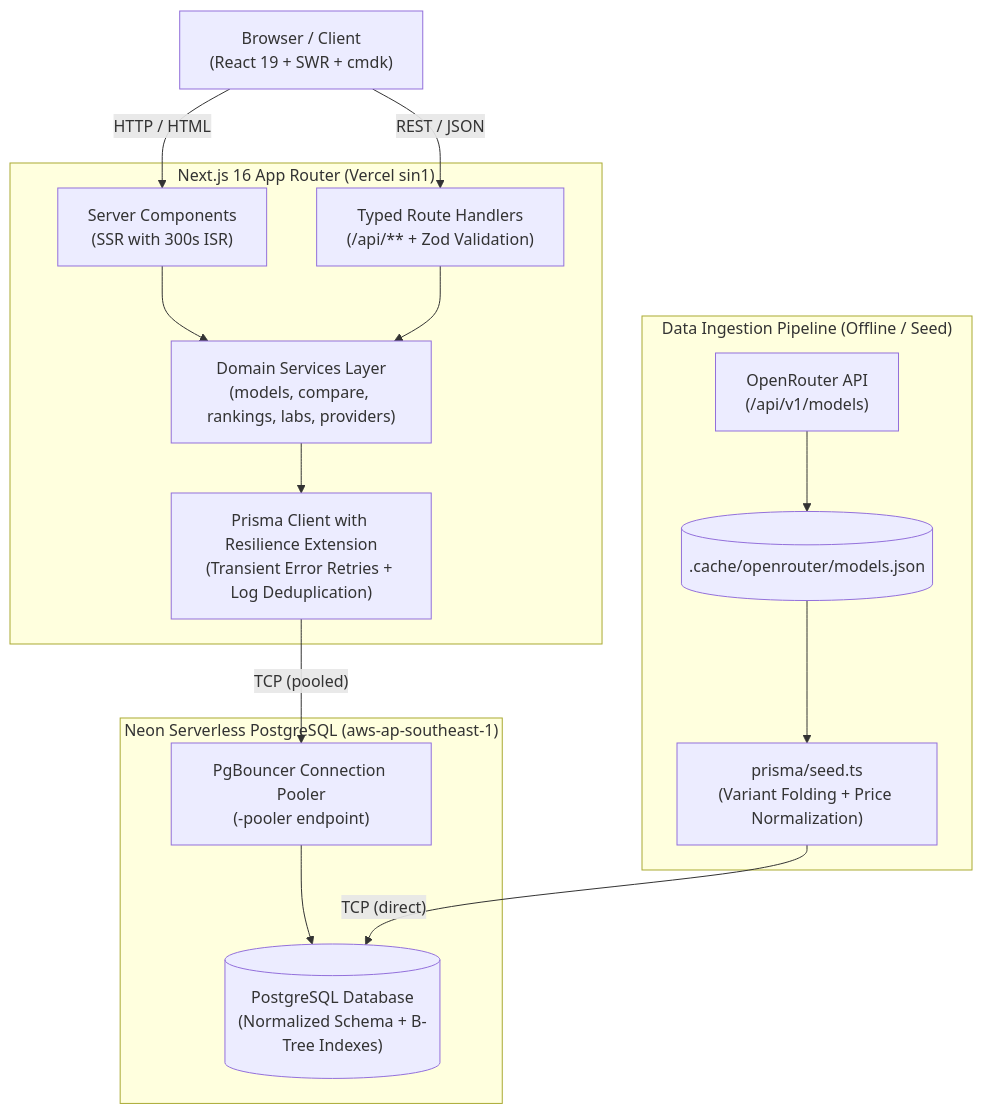
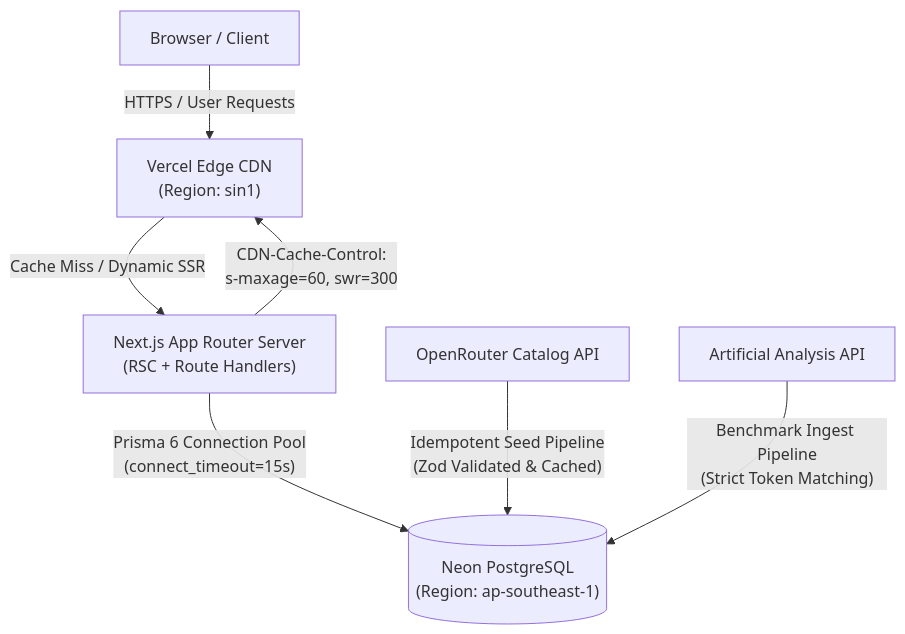
The first of 24 diagrams in README.md (adarshthakur9240/oneatlas), drawn with Mermaid before and after one commit. The commit also changed other lines of this file and 22 other files, not shown here.

Commit message:
docs: comprehensive README with diagrams, architecture, decisions and challenges

````diff
--- a/README.md
+++ b/README.md
@@ -62,34 +244,16 @@
 ```mermaid
 flowchart TD
-    Client["Browser / Client<br/>(React 19 + SWR + cmdk)"]
-    
-    subgraph NextServer["Next.js 16 App Router (Vercel sin1)"]
-        RSC["Server Components<br/>(SSR with 300s ISR)"]
-        API["Typed Route Handlers<br/>(/api/** + Zod Validation)"]
-        Services["Domain Services Layer<br/>(models, compare, rankings, labs, providers)"]
-        Resilience["Prisma Client with Resilience Extension<br/>(Transient Error Retries + Log Deduplication)"]
-    end
-    
-    subgraph Storage["Neon Serverless PostgreSQL (aws-ap-southeast-1)"]
-        PgBouncer["PgBouncer Connection Pooler<br/>(-pooler endpoint)"]
-        PostgresDB[("PostgreSQL Database<br/>(Normalized Schema + B-Tree Indexes)")]
-    end
-    
-    subgraph Ingestion["Data Ingestion Pipeline (Offline / Seed)"]
-        OpenRouterAPI["OpenRouter API<br/>(/api/v1/models)"]
-        RawCache[(".cache/openrouter/models.json")]
-        SeedScript["prisma/seed.ts<br/>(Variant Folding + Price Normalization)"]
-    end
-    
-    Client -->|"HTTP / HTML"| RSC
-    Client -->|"REST / JSON"| API
-    RSC --> Services
-    API --> Services
-    Services --> Resilience
-    Resilience -->|"TCP (pooled)"| PgBouncer
-    PgBouncer --> PostgresDB
-    
-    OpenRouterAPI --> RawCache
-    RawCache --> SeedScript
-    SeedScript -->|"TCP (direct)"| PostgresDB
+    Browser["Browser / Client"]
+    CDN["Vercel Edge CDN<br/>(Region: sin1)"]
+    NS["Next.js App Router Server<br/>(RSC + Route Handlers)"]
+    DB[("Neon PostgreSQL<br/>(Region: ap-southeast-1)")]
+    OR["OpenRouter Catalog API"]
+    AA["Artificial Analysis API"]
+
+    Browser -->|"HTTPS / User Requests"| CDN
+    CDN -->|"Cache Miss / Dynamic SSR"| NS
+    NS -->|"Prisma 6 Connection Pool<br/>(connect_timeout=15s)"| DB
+    OR -->|"Idempotent Seed Pipeline<br/>(Zod Validated & Cached)"| DB
+    AA -->|"Benchmark Ingest Pipeline<br/>(Strict Token Matching)"| DB
+    NS -->|"CDN-Cache-Control:<br/>s-maxage=60, swr=300"| CDN
 ```
````
